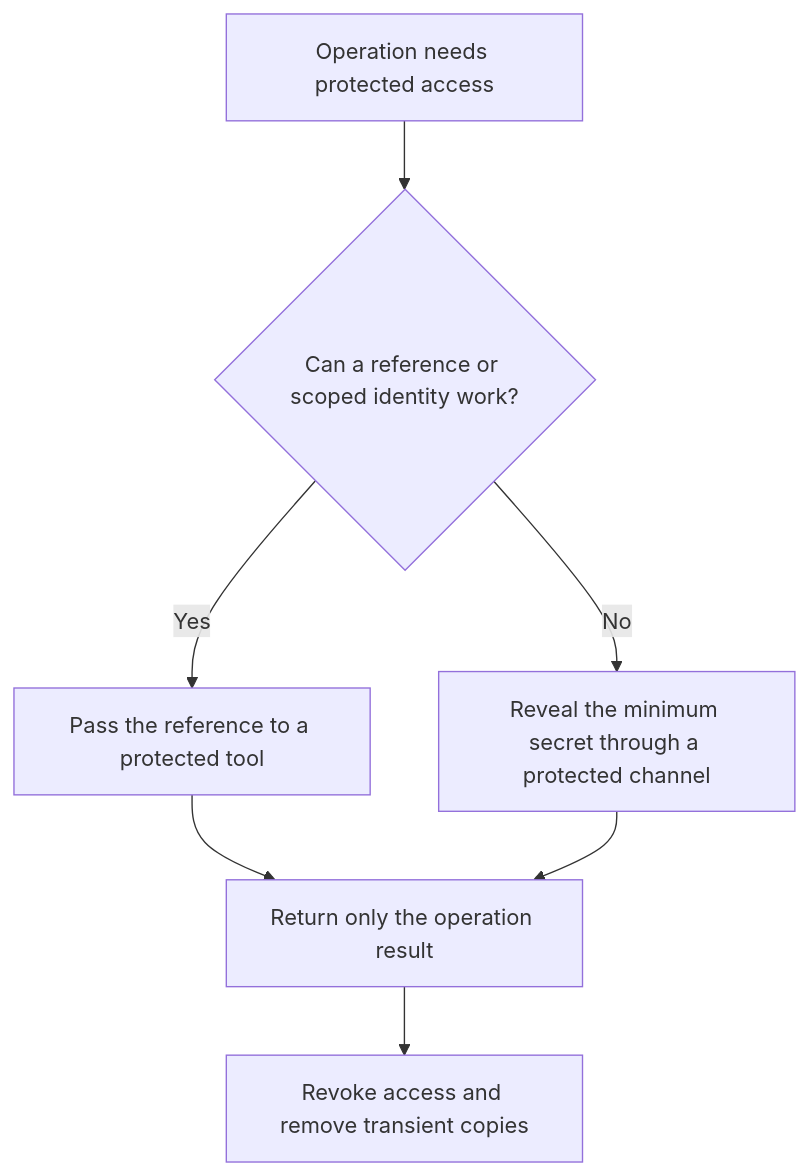
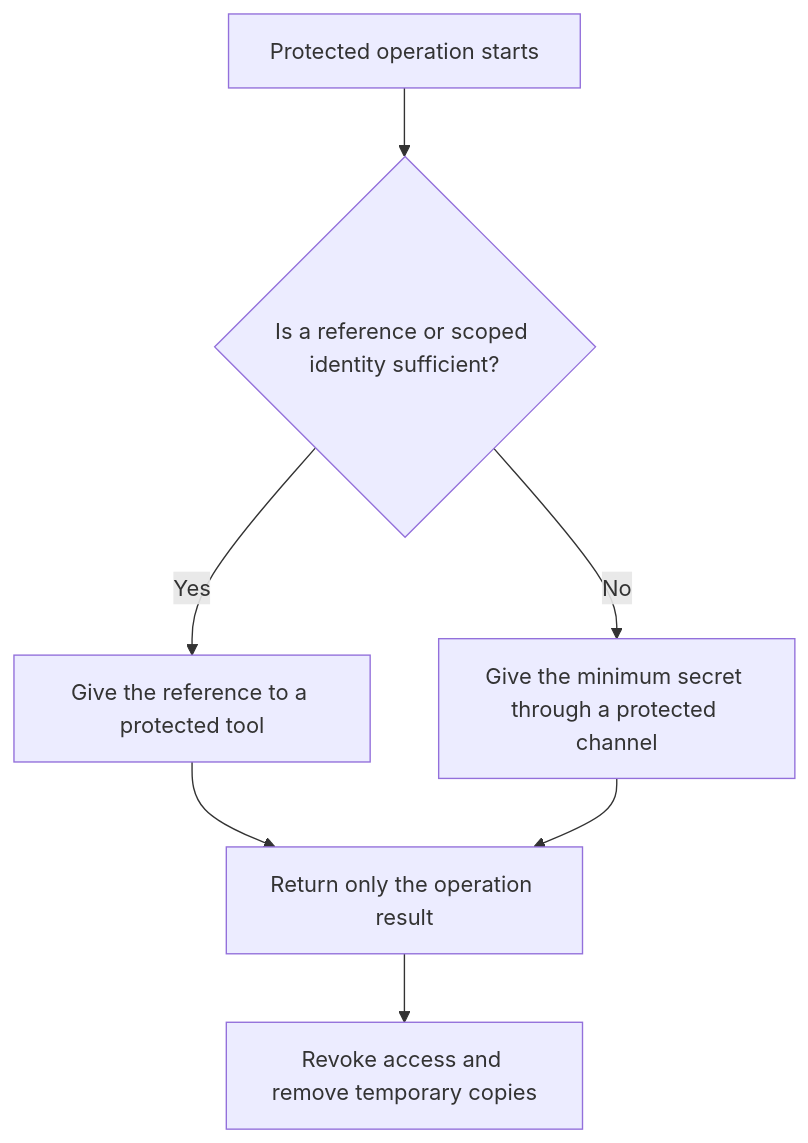
One commit to HomericIntelligence/Athena changed the diagram in docs/principles/details/p056-secrets-stay-out-of-code-and-context.md. Above: the diagram before and after it, drawn with Mermaid. The commit also changed other lines of this file and 91 other files, not shown here.

````diff
--- a/docs/principles/details/p056-secrets-stay-out-of-code-and-context.md
+++ b/docs/principles/details/p056-secrets-stay-out-of-code-and-context.md
@@ -39,9 +47,9 @@
 ```mermaid
 flowchart TD
-    A["Operation needs protected access"] --> B{"Can a reference or scoped identity work?"}
-    B -- "Yes" --> C["Pass the reference to a protected tool"]
-    B -- "No" --> D["Reveal the minimum secret through a protected channel"]
+    A["Protected operation starts"] --> B{"Is a reference or scoped identity sufficient?"}
+    B -- "Yes" --> C["Give the reference to a protected tool"]
+    B -- "No" --> D["Give the minimum secret through a protected channel"]
     C --> E["Return only the operation result"]
     D --> E
-    E --> F["Revoke access and remove transient copies"]
+    E --> F["Revoke access and remove temporary copies"]
 ```
````
